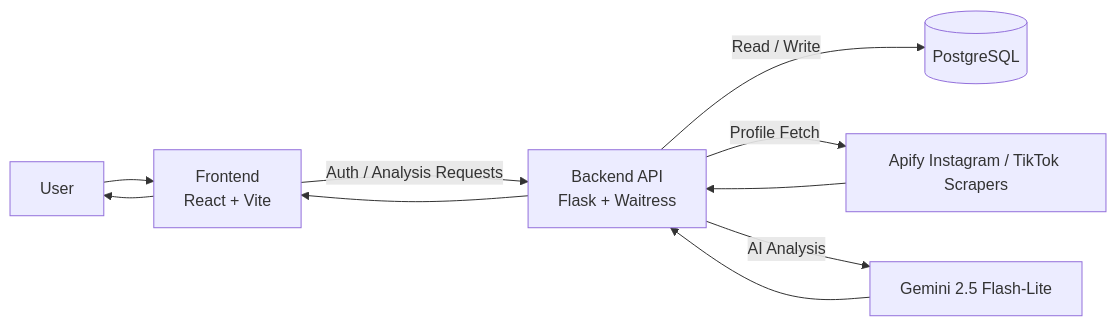
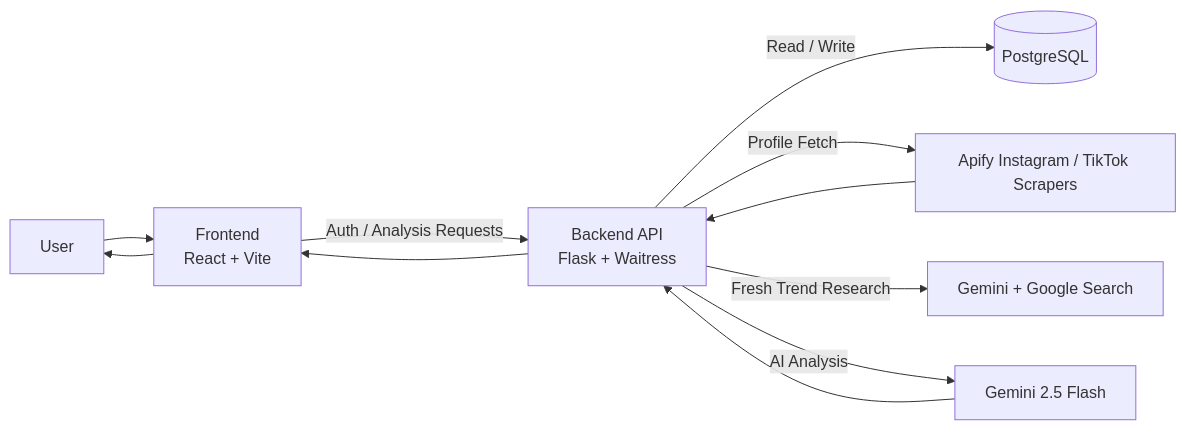
Before and after one commit to Qoziwe/Alignd: the first of 3 diagrams in README.md, drawn with Mermaid. The commit also changed other lines of this file and 6 other files, not shown here.

````diff
--- a/README.md
+++ b/README.md
@@ -24,12 +24,13 @@
 ```mermaid
 flowchart LR
     U[User] --> F[Frontend<br/>React + Vite]
     F -->|Auth / Analysis Requests| B[Backend API<br/>Flask + Waitress]
     B -->|Read / Write| DB[(PostgreSQL)]
     B -->|Profile Fetch| A[Apify Instagram / TikTok Scrapers]
-    B -->|AI Analysis| G[Gemini 2.5 Flash-Lite]
+    B -->|Fresh Trend Research| GT[Gemini + Google Search]
+    B -->|AI Analysis| G[Gemini 2.5 Flash]
     G --> B
     A --> B
     B --> F
     F --> U
 ```
````
